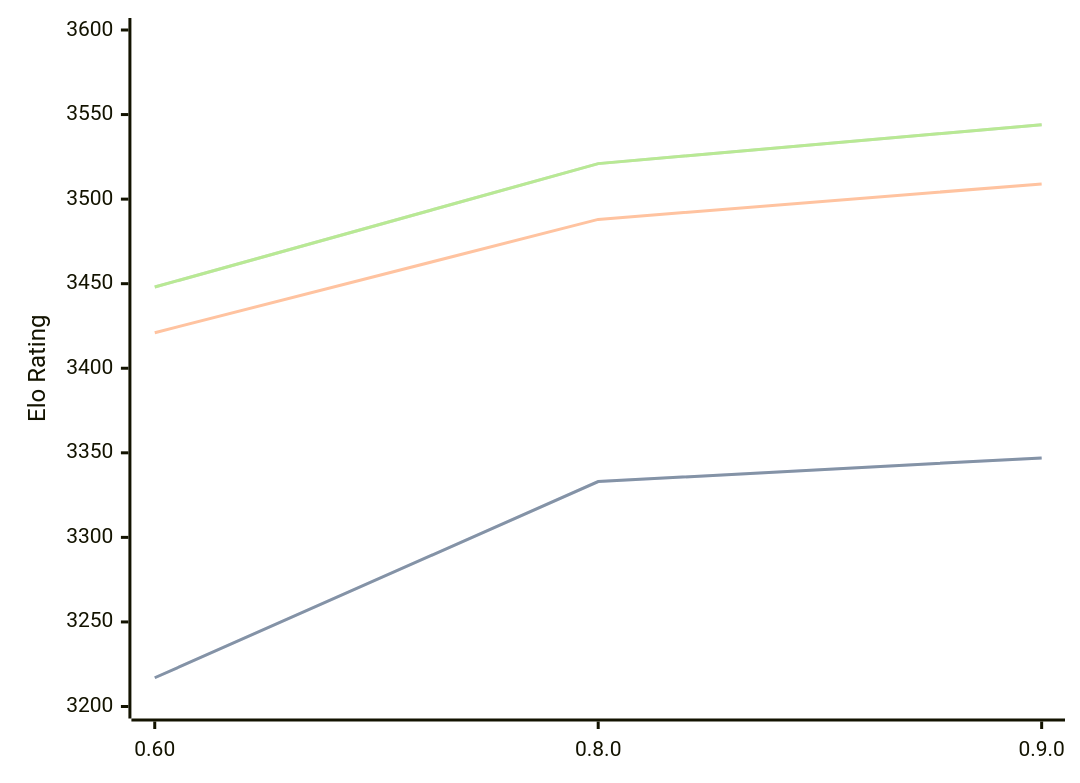
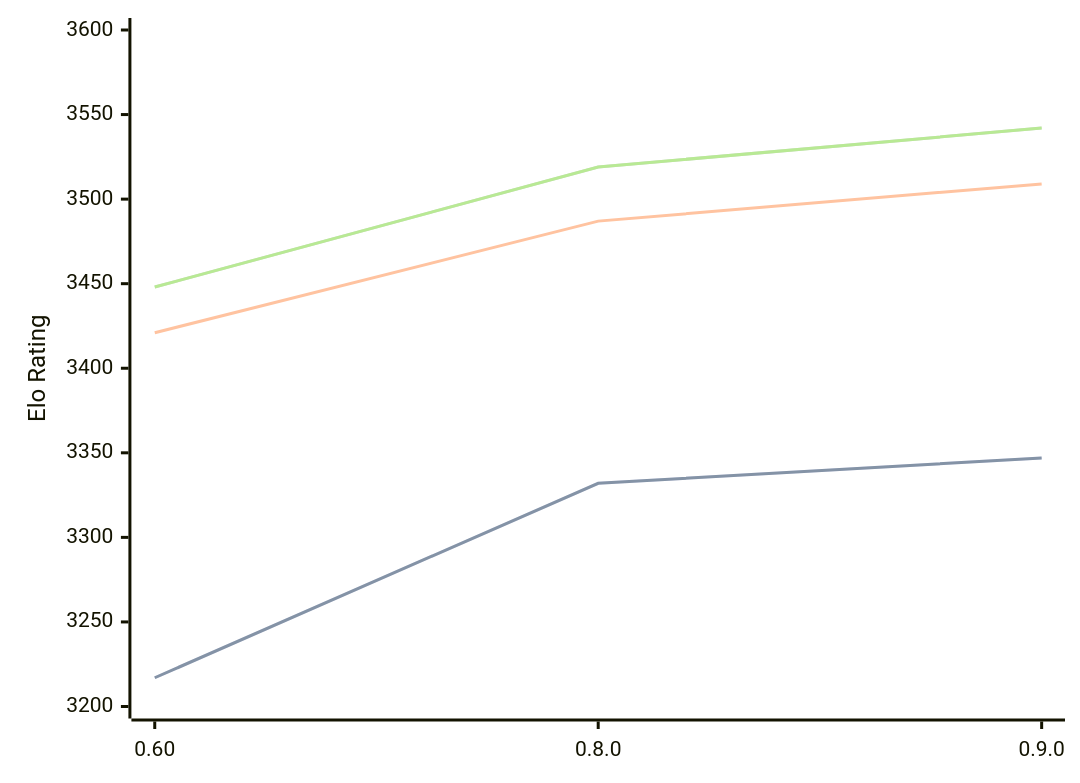
One commit to computer-chess-index/cci changed the diagram in engines/Motor.md. Above: the diagram before and after it, drawn with Mermaid. The commit also changed other lines of this file, not shown here.

Commit message:
Update CCI Ratings (ELO VLTC) - 2026-10-01

````diff
--- a/engines/Motor.md
+++ b/engines/Motor.md
@@ -33,11 +33,11 @@
 ```mermaid
 %%{init: {"theme":"base","themeVariables":{"seriesColors:['#a3a3a3','#222221','#faa371']}}}%%
 xychart-beta
   x-axis ["0.60", "0.8.0", "0.9.0"]
   y-axis "Elo Rating" 3200 --> 3600
-  line "" [3217, 3333, 3347]
-  line "STC (8.0+0.08s)" [3217, 3333, 3347]
-  line "LTC (60.0+0.60s)" [3421, 3488, 3509]
-  line "" [3448, 3521, 3544]
-  line "VLTC (2m24s+1.12s)" [3448, 3521, 3544]
+  line "" [3217, 3332, 3347]
+  line "STC (8.0+0.08s)" [3217, 3332, 3347]
+  line "LTC (60.0+0.60s)" [3421, 3487, 3509]
+  line "" [3448, 3519, 3542]
+  line "VLTC (2m24s+1.12s)" [3448, 3519, 3542]
 ```
````
